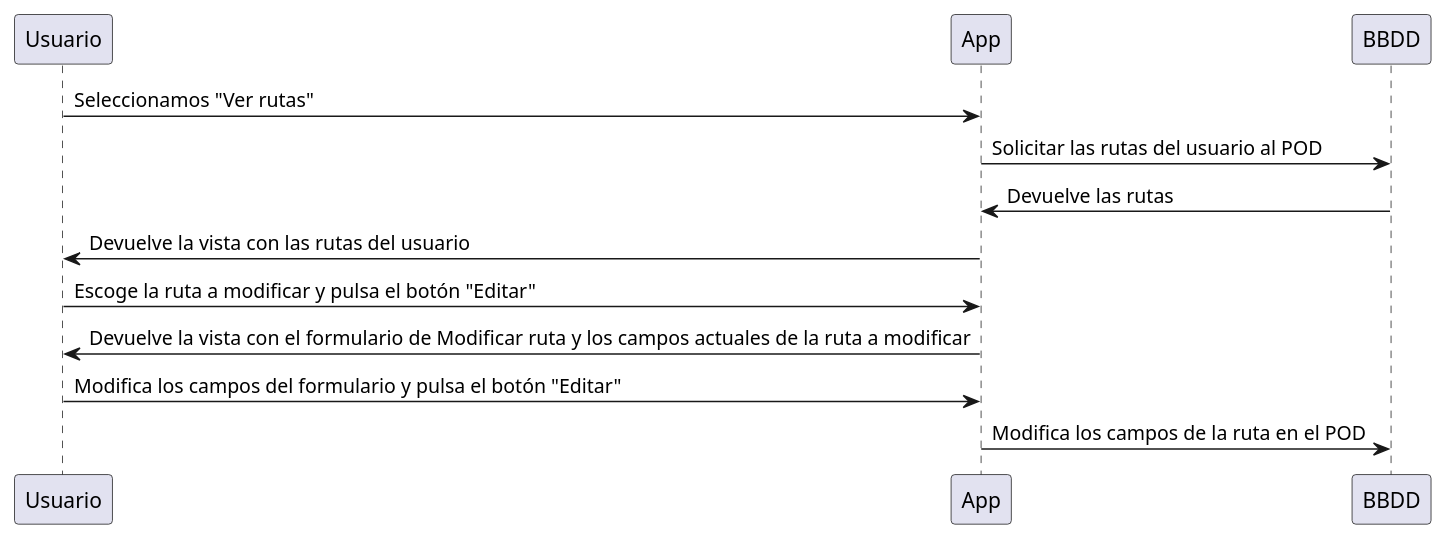
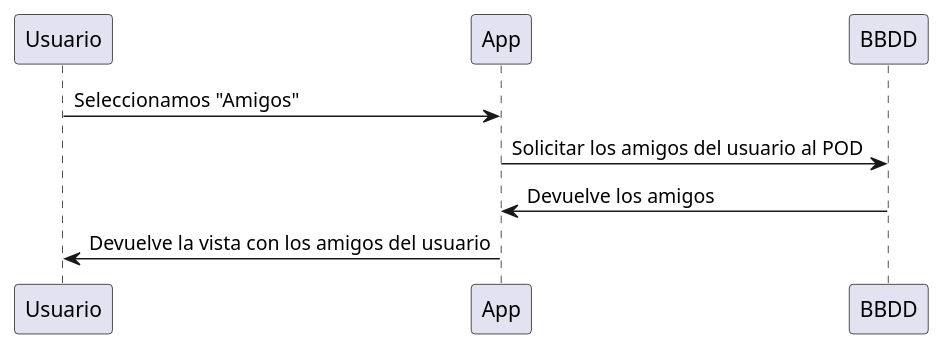
One commit to Arquisoft/viade_es5b changed the sixth of 6 diagrams in src/docs/06_runtime_view.adoc. Above: the diagram before and after it, drawn with PlantUML. The commit also changed other lines of this file, not shown here.

```diff
--- a/src/docs/06_runtime_view.adoc
+++ b/src/docs/06_runtime_view.adoc
@@ -95,11 +120,7 @@
-[plantuml,"DiagramaModificarRuta",png]
+[plantuml,"DiagramaVerAmigos",png]
 ----
-Usuario -> App: Seleccionamos "Ver rutas"
-App -> BBDD : Solicitar las rutas del usuario al POD
-BBDD -> App: Devuelve las rutas
-App -> Usuario: Devuelve la vista con las rutas del usuario
-Usuario -> App: Escoge la ruta a modificar y pulsa el botón "Editar"
-App -> Usuario: Devuelve la vista con el formulario de Modificar ruta y los campos actuales de la ruta a modificar
-Usuario -> App: Modifica los campos del formulario y pulsa el botón "Editar"
-App -> BBDD: Modifica los campos de la ruta en el POD
+Usuario -> App: Seleccionamos "Amigos"
+App -> BBDD : Solicitar los amigos del usuario al POD
+BBDD -> App: Devuelve los amigos
+App -> Usuario: Devuelve la vista con los amigos del usuario
 ----
```
